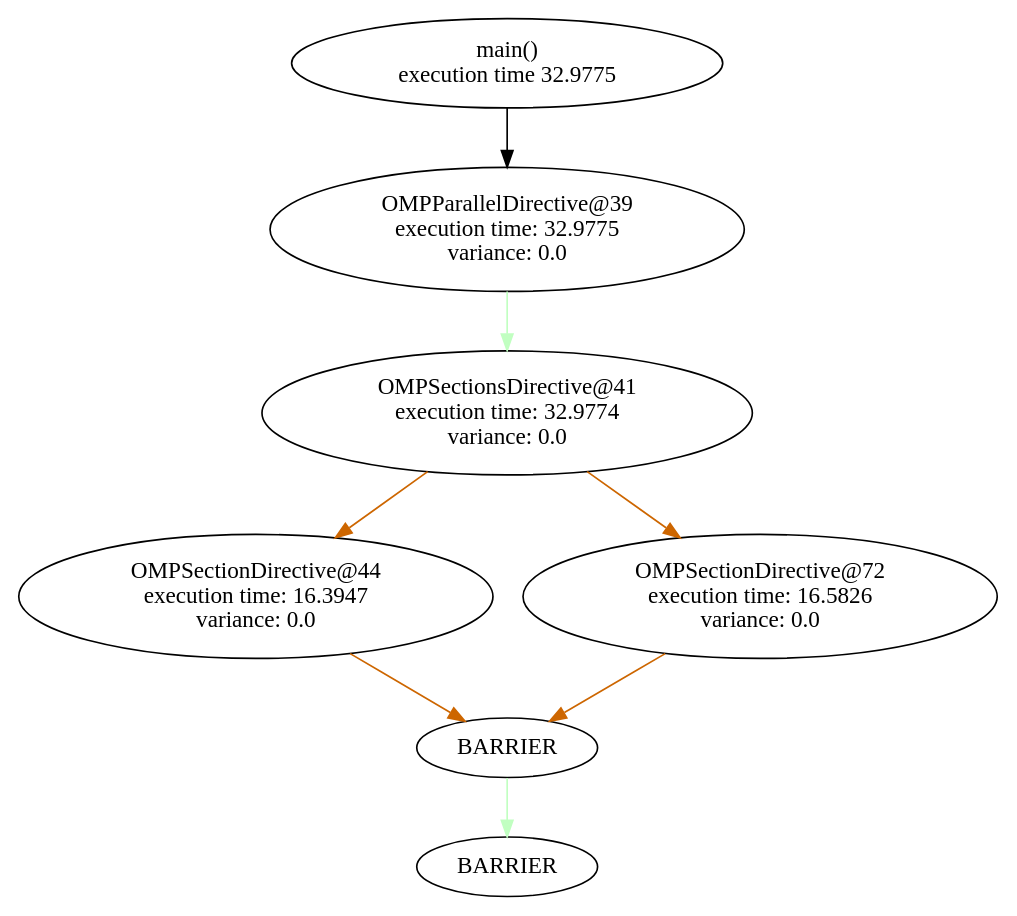
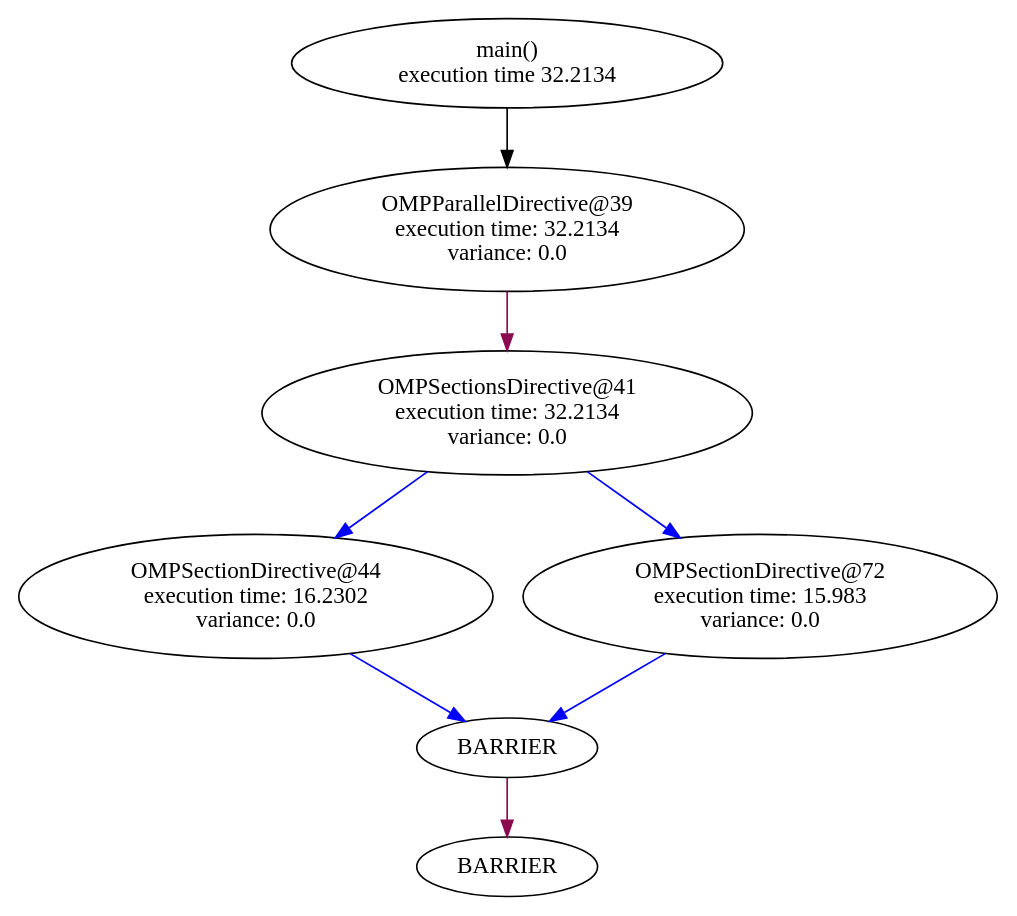
One commit to filippobrizzi/soma changed the diagram in graph_sched/graphs/main_flow.dot. Above: the diagram before and after it, drawn with Graphviz. The commit also changed 12 other files, not shown here.

```diff
--- a/graph_sched/graphs/main_flow.dot
+++ b/graph_sched/graphs/main_flow.dot
@@ -1,52 +1,52 @@
 digraph G {
 	graph [bb="0,0,500,534"];
 	node [label="\N"];
 	35	 [height=0.74639,
-		label="main()\nexecution time 32.9775",
+		label="main()\nexecution time 32.2134",
 		pos="250,507",
 		root=35,
 		width=3.0026];
 	39	 [height=1.041,
-		label="OMPParallelDirective@39\nexecution time: 32.9775\nvariance: 0.0",
+		label="OMPParallelDirective@39\nexecution time: 32.2134\nvariance: 0.0",
 		pos="250,406",
 		root=35,
 		width=3.346];
 	35 -> 39	 [pos="e,250,443.63 250,479.99 250,471.91 250,462.75 250,453.72"];
 	41	 [height=1.041,
-		label="OMPSectionsDirective@41\nexecution time: 32.9774\nvariance: 0.0",
+		label="OMPSectionsDirective@41\nexecution time: 32.2134\nvariance: 0.0",
 		pos="250,294",
 		root=35,
 		width=3.4507];
-	39 -> 41	 [color=darkseagreen1,
+	39 -> 41	 [color=deeppink4,
 		pos="e,250,331.84 250,368.37 250,359.93 250,350.83 250,342.01"];
 	44	 [height=1.041,
-		label="OMPSectionDirective@44\nexecution time: 16.3947\nvariance: 0.0",
+		label="OMPSectionDirective@44\nexecution time: 16.2302\nvariance: 0.0",
 		pos="120,182",
 		root=35,
 		width=3.346];
-	41 -> 44	 [color=darkorange3,
+	41 -> 44	 [color=blue1,
 		pos="e,160.63,217.38 209.22,258.5 196.28,247.54 181.83,235.32 168.4,223.96"];
 	72	 [height=1.041,
-		label="OMPSectionDirective@72\nexecution time: 16.5826\nvariance: 0.0",
+		label="OMPSectionDirective@72\nexecution time: 15.983\nvariance: 0.0",
 		pos="380,182",
 		root=35,
 		width=3.346];
-	41 -> 72	 [color=darkorange3,
+	41 -> 72	 [color=blue1,
 		pos="e,339.37,217.38 290.78,258.5 303.72,247.54 318.17,235.32 331.6,223.96"];
 	"41_end"	 [height=0.5,
 		label=BARRIER,
 		pos="250,90",
 		root=35,
 		width=1.4305];
-	44 -> "41_end"	 [color=darkorange3,
+	44 -> "41_end"	 [color=blue1,
 		pos="e,227.72,106.42 168.41,147.49 185.42,135.71 204.07,122.8 219.23,112.3"];
 	"39_end"	 [height=0.5,
 		label=BARRIER,
 		pos="250,18",
 		root=35,
 		width=1.4305];
-	"41_end" -> "39_end"	 [color=darkseagreen1,
+	"41_end" -> "39_end"	 [color=deeppink4,
 		pos="e,250,36.104 250,71.697 250,63.983 250,54.712 250,46.112"];
-	72 -> "41_end"	 [color=darkorange3,
+	72 -> "41_end"	 [color=blue1,
 		pos="e,272.28,106.42 331.59,147.49 314.58,135.71 295.93,122.8 280.77,112.3"];
 }
```
